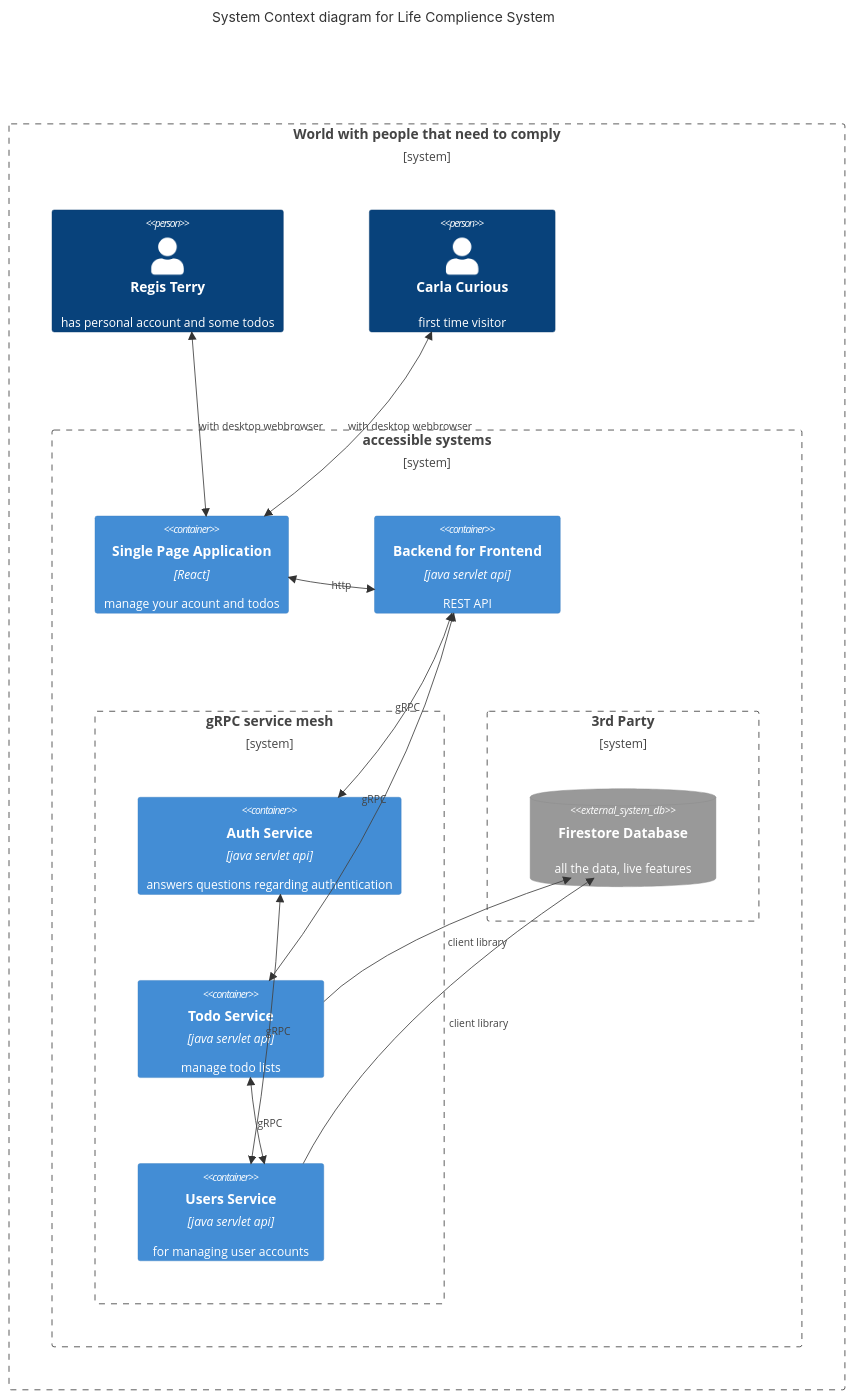
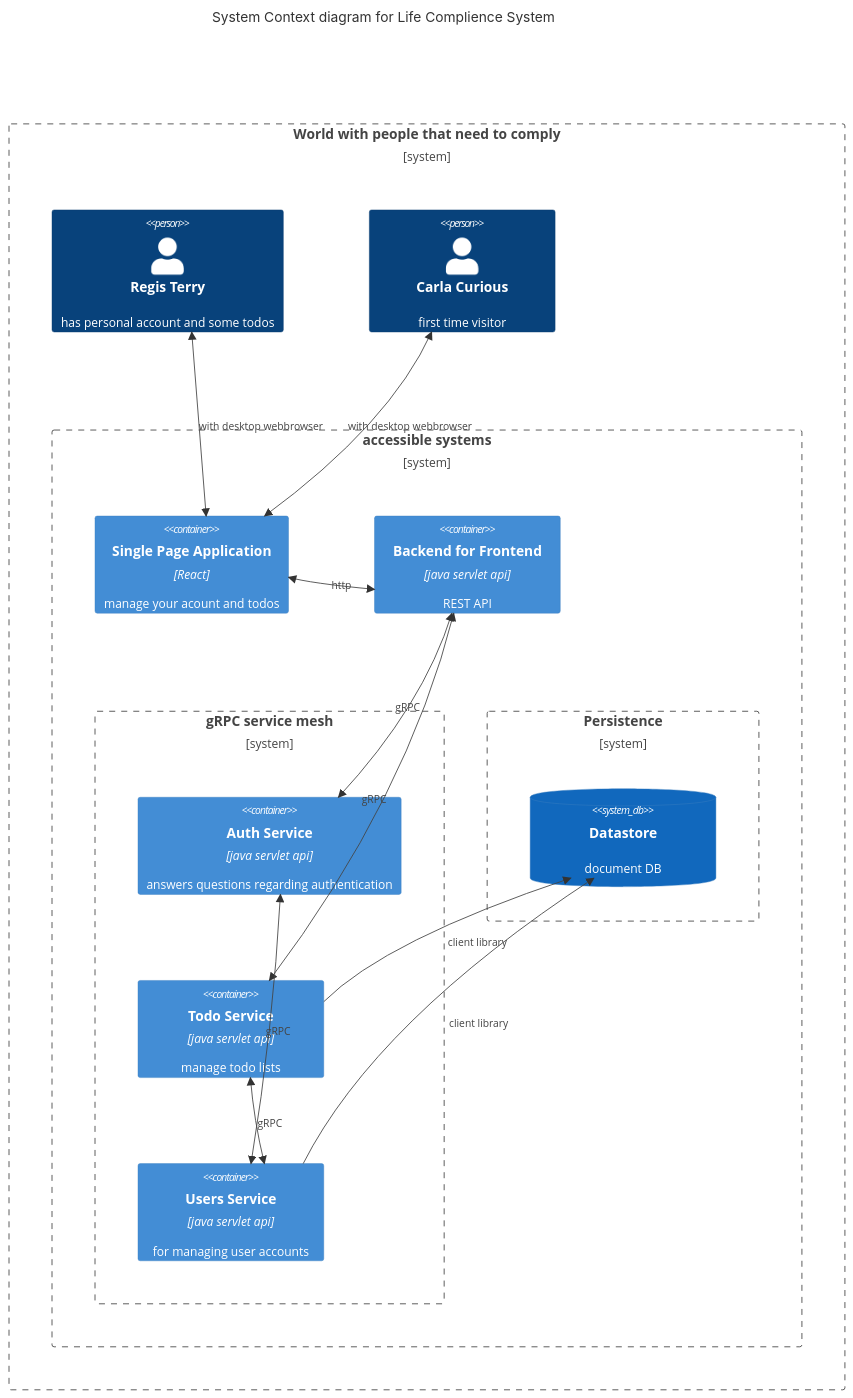
The diagram in README.md (globalworming/todo-list-fullstack), drawn with Mermaid before and after one commit. The commit also changed other lines of this file, not shown here.

````diff
--- a/README.md
+++ b/README.md
@@ -6,30 +6,30 @@
 ```mermaid
 C4Context
     title System Context diagram for Life Complience System
     Boundary(b0, "World with people that need to comply") {
         Person(registered, "Regis Terry", "has personal account and some todos")     
         Person(unregistered, "Carla Curious", "first time visitor")     
         Boundary(b1, "accessible systems") {
             Container(SPA, "Single Page Application", "React", "manage your acount and todos")
             Container(BFF, "Backend for Frontend", "java servlet api"," REST API")
             Boundary(b2, "gRPC service mesh") {
                 Container(AUTH, "Auth Service", "java servlet api","answers questions regarding authentication")
                 Container(TODO, "Todo Service", "java servlet api","manage todo lists")
                 Container(USER, "Users Service", "java servlet api"," for managing user accounts")
             }
-            Boundary(b3, "3rd Party") {
-              SystemDb_Ext(DB, "Firestore Database", "all the data, live features")
+            Boundary(b3, "Persistence") {
+              SystemDb(DB, "Datastore", "document DB")
             }
         }
     }
 BiRel(registered, SPA, "with desktop webbrowser")
 BiRel(unregistered, SPA, "with desktop webbrowser")
 BiRel(SPA, BFF, "http")
 BiRel(BFF, AUTH, "gRPC")
 BiRel(BFF, TODO, "gRPC")
 BiRel(TODO, USER, "gRPC")
 BiRel(AUTH, USER, "gRPC")
 Rel(TODO, DB, "client library")
 Rel(USER, DB, "client library")
 UpdateLayoutConfig($c4ShapeInRow="2", $c4BoundaryInRow="2")    
 ```
````
